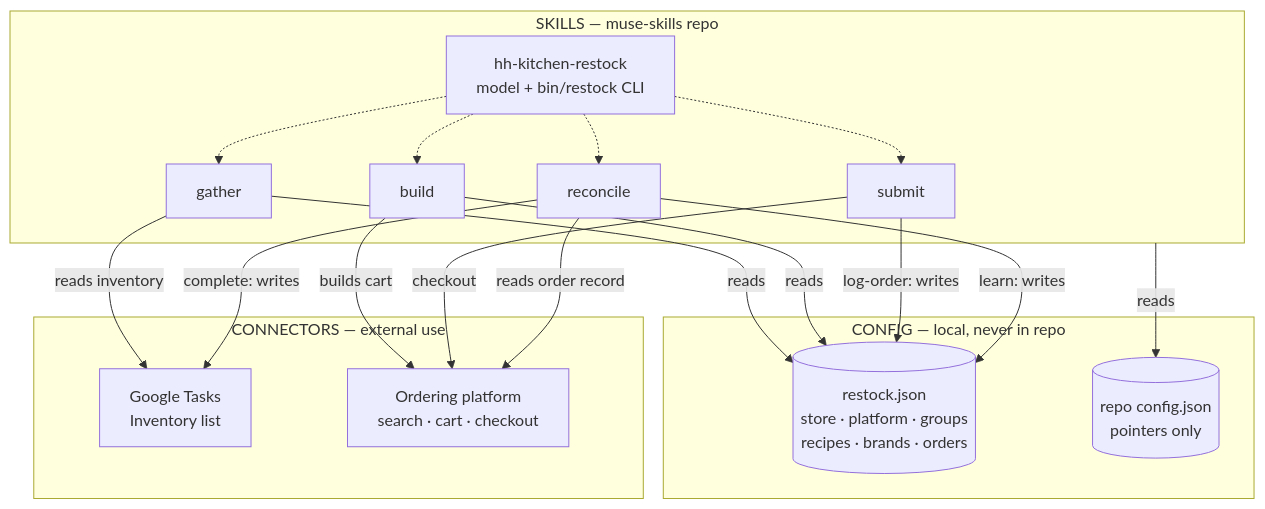
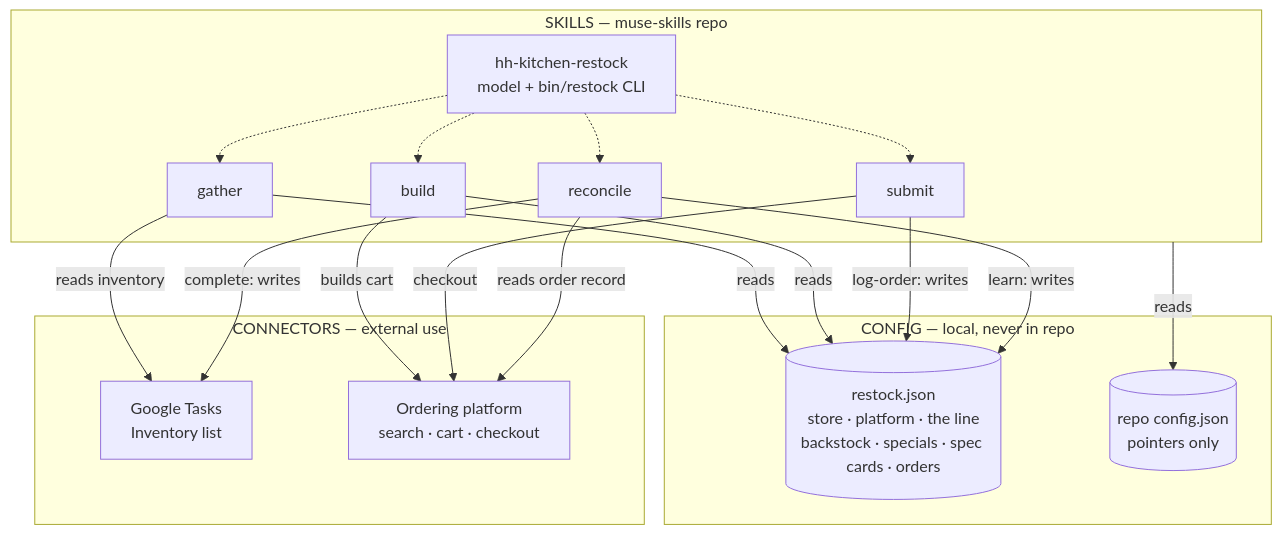
One commit to fonsecapeter/muse-skills changed the second of 2 diagrams in life/hh-kitchen/hh-kitchen-restock/docs/architecture.md. Above: the diagram before and after it, drawn with Mermaid. The commit also changed 5 other files, not shown here.

Commit message:
Rename the restock groups to kitchen nomenclature: the line, specials, spec cards (#33)

````diff
--- a/life/hh-kitchen/hh-kitchen-restock/docs/architecture.md
+++ b/life/hh-kitchen/hh-kitchen-restock/docs/architecture.md
@@ -22,32 +22,32 @@
 ```mermaid
 flowchart TB
     subgraph skills["SKILLS — muse-skills repo"]
         model["hh-kitchen-restock<br/>model + bin/restock CLI"]
         gather["gather"]
         build["build"]
         submit["submit"]
         reconcile["reconcile"]
         model -.-> gather
         model -.-> build
         model -.-> submit
         model -.-> reconcile
     end
     subgraph config["CONFIG — local, never in repo"]
-        localcfg[("restock.json<br/>store · platform · groups<br/>recipes · brands · orders")]
+        localcfg[("restock.json<br/>store · platform · the line<br/>backstock · specials · spec cards · orders")]
         repocfg[("repo config.json<br/>pointers only")]
     end
     subgraph connectors["CONNECTORS — external use"]
         tasks["Google Tasks<br/>Inventory list"]
         insta["Ordering platform<br/>search · cart · checkout"]
     end
     gather -->|"reads"| localcfg
     build -->|"reads"| localcfg
     submit -->|"log-order: writes"| localcfg
     reconcile -->|"learn: writes"| localcfg
     skills -->|"reads"| repocfg
     gather -->|"reads inventory"| tasks
     reconcile -->|"complete: writes"| tasks
     build -->|"builds cart"| insta
     submit -->|"checkout"| insta
     reconcile -->|"reads order record"| insta
 ```
````
